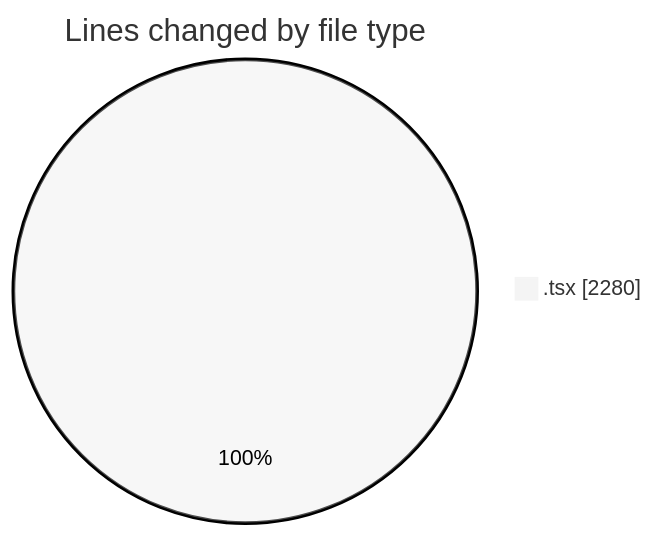
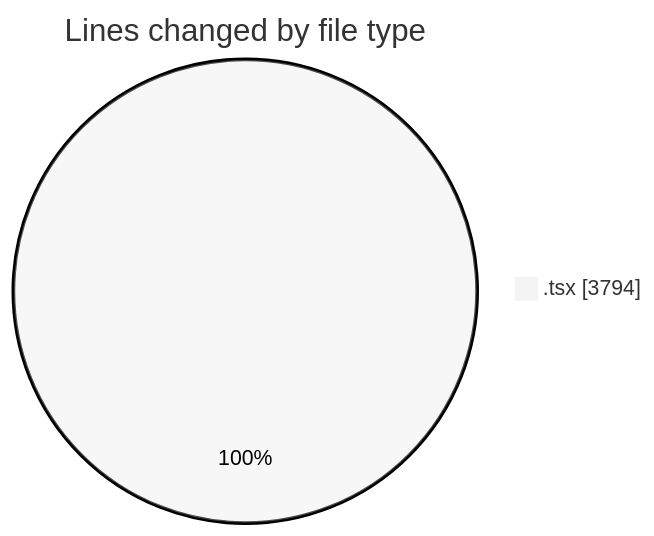
The first of 2 diagrams in 2025-11-11/cda/README.md (momahboobian/code-tracking), drawn with Mermaid (neutral theme) before and after one commit. The commit also changed other lines of this file and 1 other file, not shown here.

````diff
--- a/2025-11-11/cda/README.md
+++ b/2025-11-11/cda/README.md
@@ -23,5 +24,5 @@
 ```mermaid
 pie showData
 title Lines changed by file type
-".tsx" : 2280
+".tsx" : 3794
 ```
````
